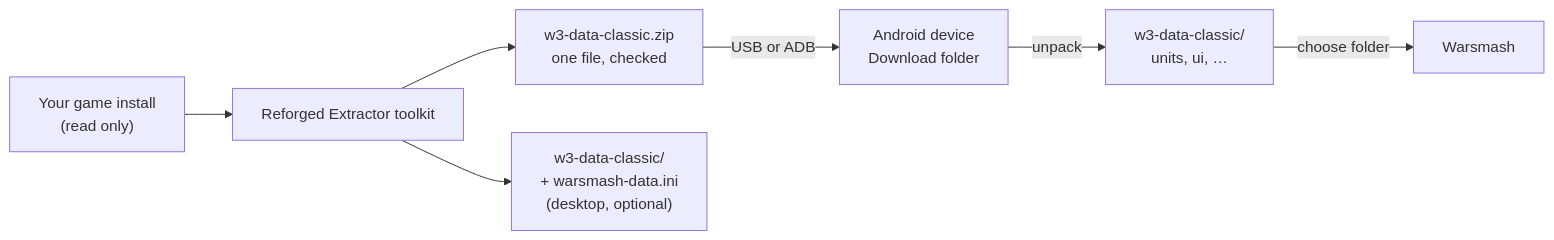
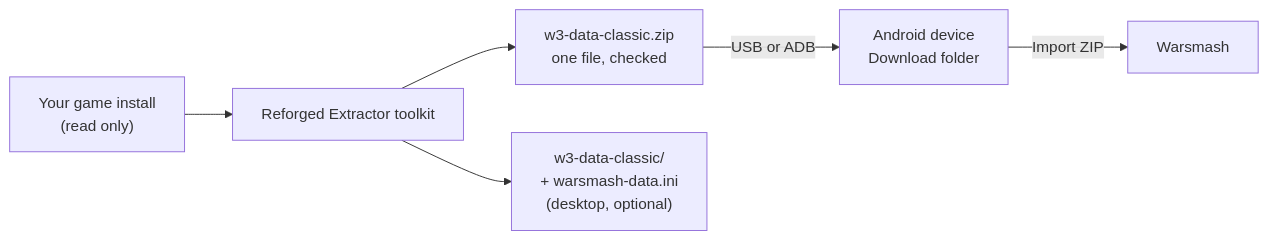
The diagram in README.md (nikoltu/W3-Android-prep-tool), drawn with Mermaid before and after one commit. The commit also changed other lines of this file and 5 other files, not shown here.

Commit message:
Point the Done screen and README to Import ZIP

````diff
--- a/README.md
+++ b/README.md
@@ -30,9 +30,8 @@
 ```mermaid
 flowchart LR
     A["Your game install<br/>(read only)"] --> B["Reforged Extractor toolkit"]
     B --> C["w3-data-classic.zip<br/>one file, checked"]
     B --> G["w3-data-classic/<br/>+ warsmash-data.ini<br/>(desktop, optional)"]
     C -- "USB or ADB" --> D["Android device<br/>Download folder"]
-    D -- "unpack" --> E["w3-data-classic/<br/>units, ui, …"]
-    E -- "choose folder" --> F["Warsmash"]
+    D -- "Import ZIP" --> F["Warsmash"]
 ```
````
